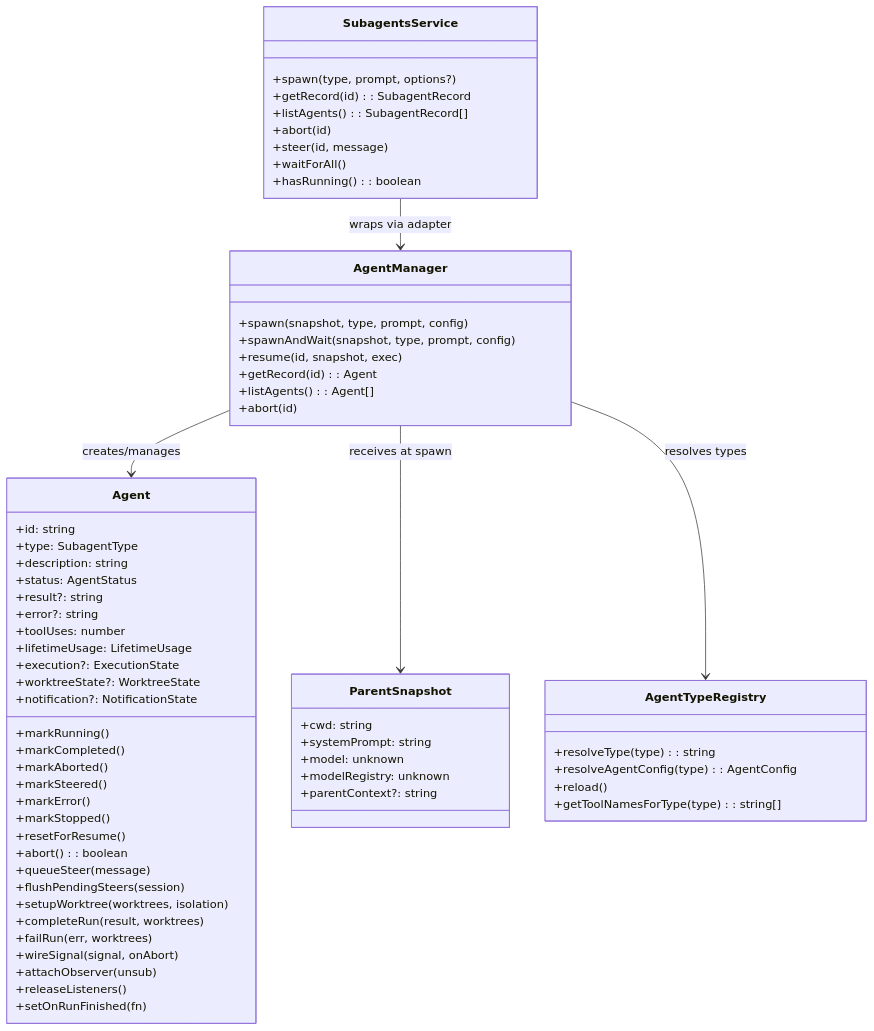
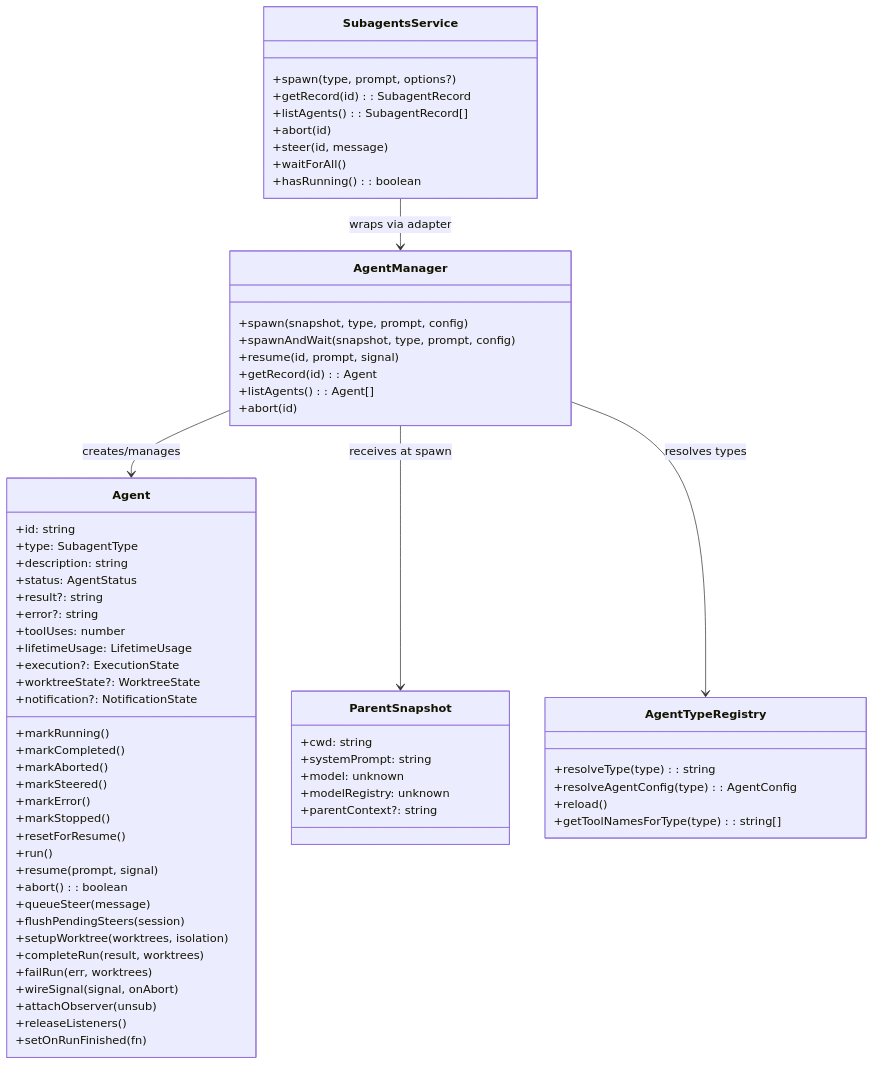
The second of 6 diagrams in docs/architecture/architecture.md (ttdua/pi-subagents), drawn with Mermaid before and after one commit. The commit also changed other lines of this file, not shown here.

Commit message:
docs: mark Phase 15 Step 6 (Agent.resume) complete

````diff
--- a/docs/architecture/architecture.md
+++ b/docs/architecture/architecture.md
@@ -103,72 +103,74 @@
 ```mermaid
 classDiagram
     class Agent {
         +id: string
         +type: SubagentType
         +description: string
         +status: AgentStatus
         +result?: string
         +error?: string
         +toolUses: number
         +lifetimeUsage: LifetimeUsage
         +execution?: ExecutionState
         +worktreeState?: WorktreeState
         +notification?: NotificationState
         +markRunning()
         +markCompleted()
         +markAborted()
         +markSteered()
         +markError()
         +markStopped()
         +resetForResume()
+        +run()
+        +resume(prompt, signal)
         +abort(): boolean
         +queueSteer(message)
         +flushPendingSteers(session)
         +setupWorktree(worktrees, isolation)
         +completeRun(result, worktrees)
         +failRun(err, worktrees)
         +wireSignal(signal, onAbort)
         +attachObserver(unsub)
         +releaseListeners()
         +setOnRunFinished(fn)
     }
 
     class AgentManager {
         +spawn(snapshot, type, prompt, config)
         +spawnAndWait(snapshot, type, prompt, config)
-        +resume(id, snapshot, exec)
+        +resume(id, prompt, signal)
         +getRecord(id): Agent
         +listAgents(): Agent[]
         +abort(id)
     }
 
     class AgentTypeRegistry {
         +resolveType(type): string
         +resolveAgentConfig(type): AgentConfig
         +reload()
         +getToolNamesForType(type): string[]
     }
 
     class ParentSnapshot {
         +cwd: string
         +systemPrompt: string
         +model: unknown
         +modelRegistry: unknown
         +parentContext?: string
     }
 
     class SubagentsService {
         +spawn(type, prompt, options?)
         +getRecord(id): SubagentRecord
         +listAgents(): SubagentRecord[]
         +abort(id)
         +steer(id, message)
         +waitForAll()
         +hasRunning(): boolean
     }
 
     AgentManager --> Agent : creates/manages
     AgentManager --> ParentSnapshot : receives at spawn
     SubagentsService --> AgentManager : wraps via adapter
     AgentManager --> AgentTypeRegistry : resolves types
 ```
````
